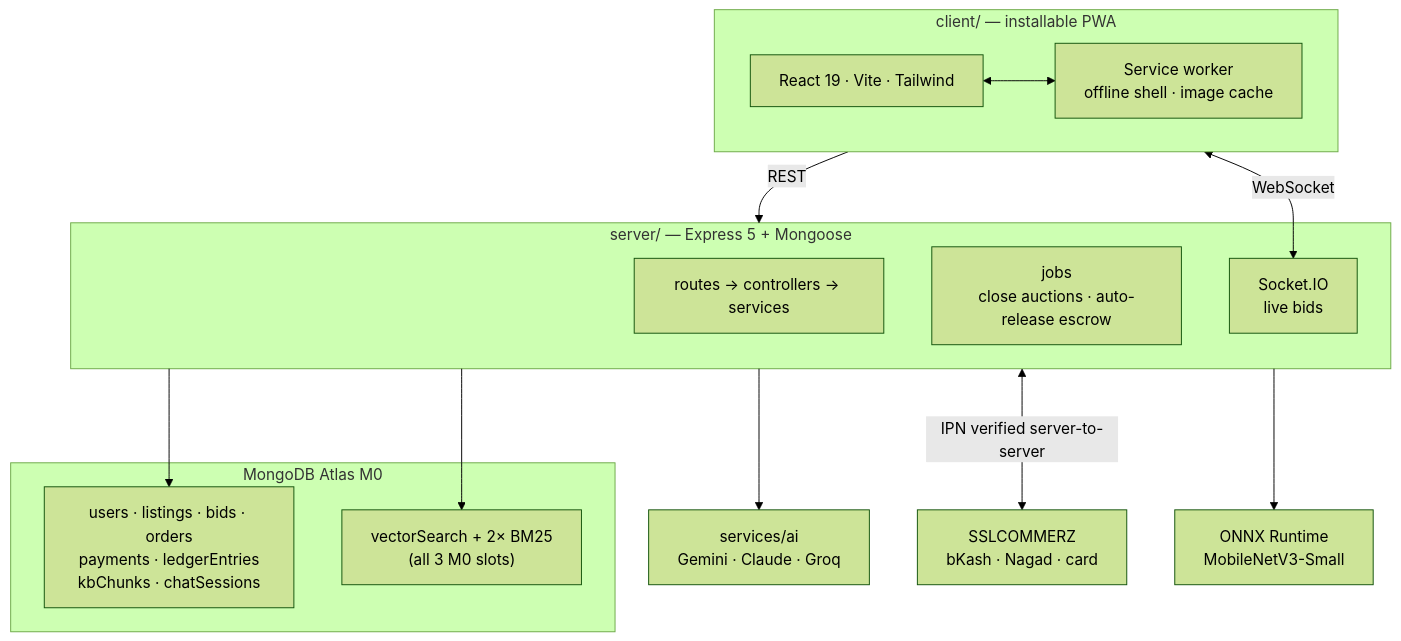
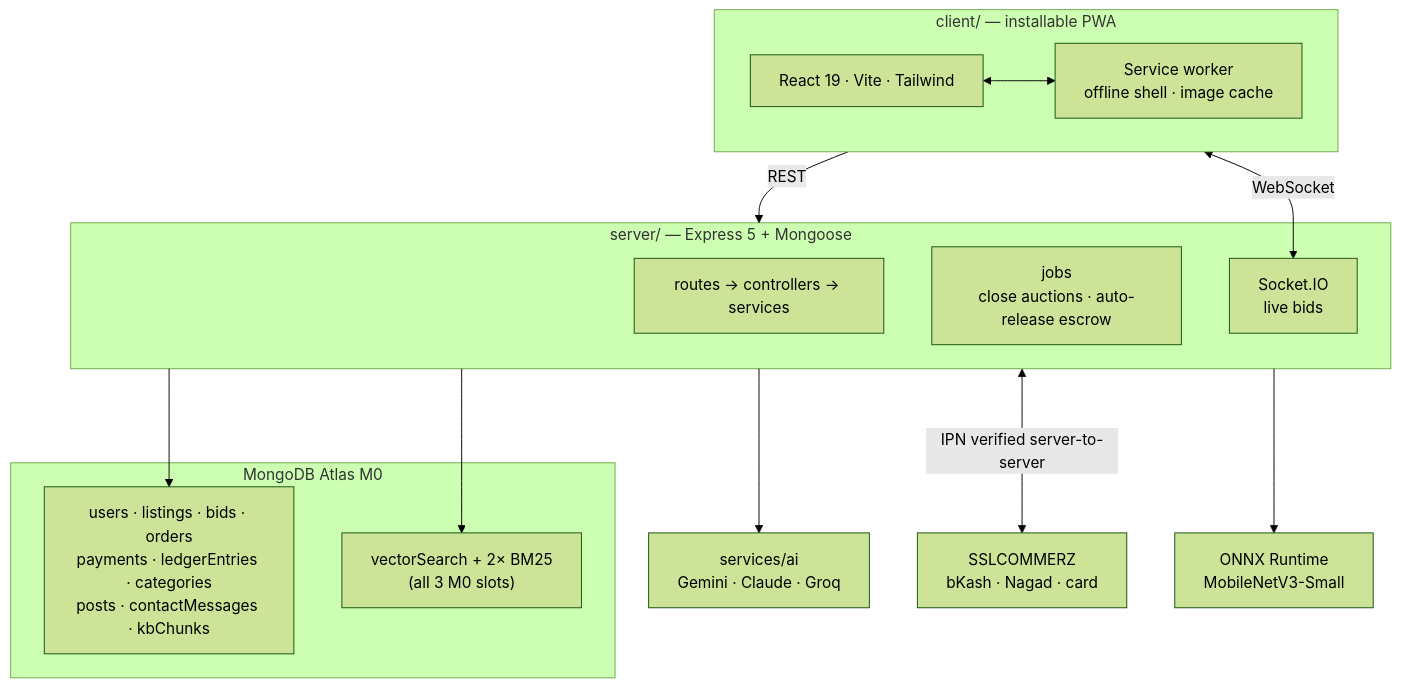
The diagram in README.md (golammoula287/Krishibid_Software), drawn with Mermaid (forest theme) before and after one commit. The commit also changed other lines of this file and 25 other files, not shown here.

````diff
--- a/README.md
+++ b/README.md
@@ -44,31 +91,31 @@
 ```mermaid
 flowchart TB
     subgraph C["client/ — installable PWA"]
         UI["React 19 · Vite · Tailwind"]
         SW["Service worker<br/>offline shell · image cache"]
         UI <--> SW
     end
 
     subgraph S["server/ — Express 5 + Mongoose"]
         R["routes → controllers → services"]
         J["jobs<br/>close auctions · auto-release escrow"]
         WS["Socket.IO<br/>live bids"]
     end
 
     subgraph D["MongoDB Atlas M0"]
-        COL["users · listings · bids · orders<br/>payments · ledgerEntries<br/>kbChunks · chatSessions"]
+        COL["users · listings · bids · orders<br/>payments · ledgerEntries · categories<br/>posts · contactMessages · kbChunks"]
         IDX["vectorSearch + 2× BM25<br/>(all 3 M0 slots)"]
     end
 
     AI["services/ai<br/>Gemini · Claude · Groq"]
     GW["SSLCOMMERZ<br/>bKash · Nagad · card"]
     ONNX["ONNX Runtime<br/>MobileNetV3-Small"]
 
     C -->|REST| S
     C <-->|WebSocket| WS
     S --> COL
     S --> IDX
     S --> AI
     S --> ONNX
     S <-->|IPN verified server-to-server| GW
 ```
````
